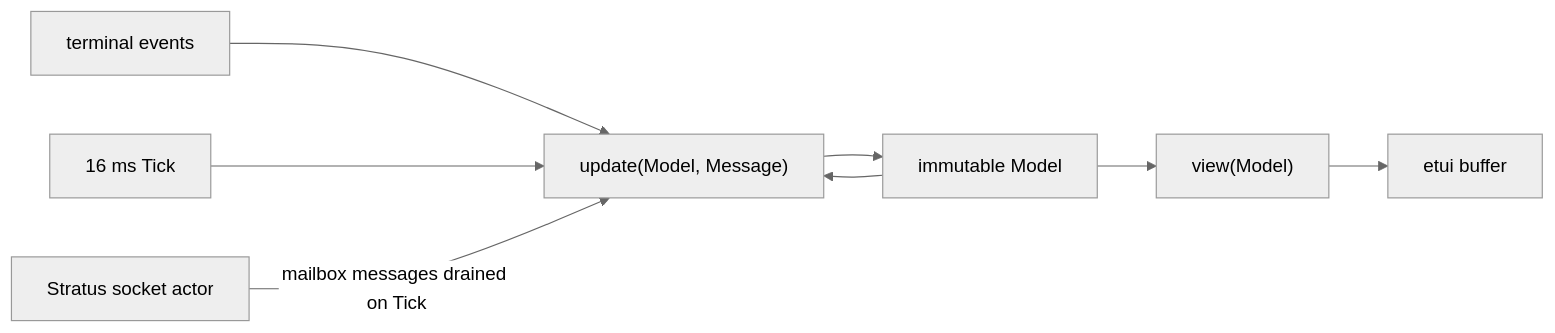
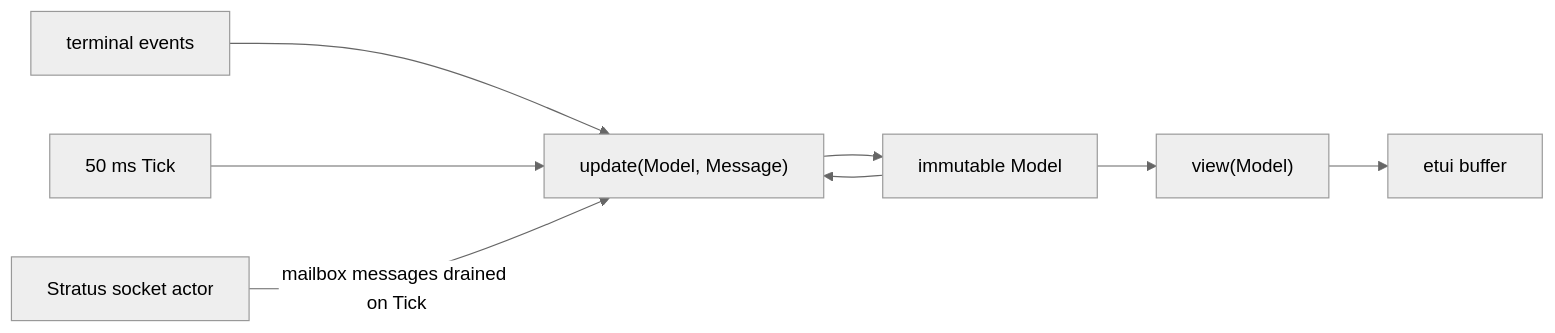
One commit to Roasbeef/loom changed the first of 2 diagrams in packages/tui_gleam/README.md. Above: the diagram before and after it, drawn with Mermaid (neutral theme). The commit also changed other lines of this file and 11 other files, not shown here.

````diff
--- a/packages/tui_gleam/README.md
+++ b/packages/tui_gleam/README.md
@@ -21,17 +21,17 @@
 ```mermaid
 flowchart LR
     Keys["terminal events"]
-    Tick["16 ms Tick"]
+    Tick["50 ms Tick"]
     Sock["Stratus socket actor"]
     Update["update(Model, Message)"]
     Model["immutable Model"]
     View["view(Model)"]
     Screen["etui buffer"]
 
     Keys --> Update
     Tick --> Update
     Sock -->|"mailbox messages drained on Tick"| Update
     Model --> Update
     Update --> Model
     Model --> View --> Screen
 ```
````
